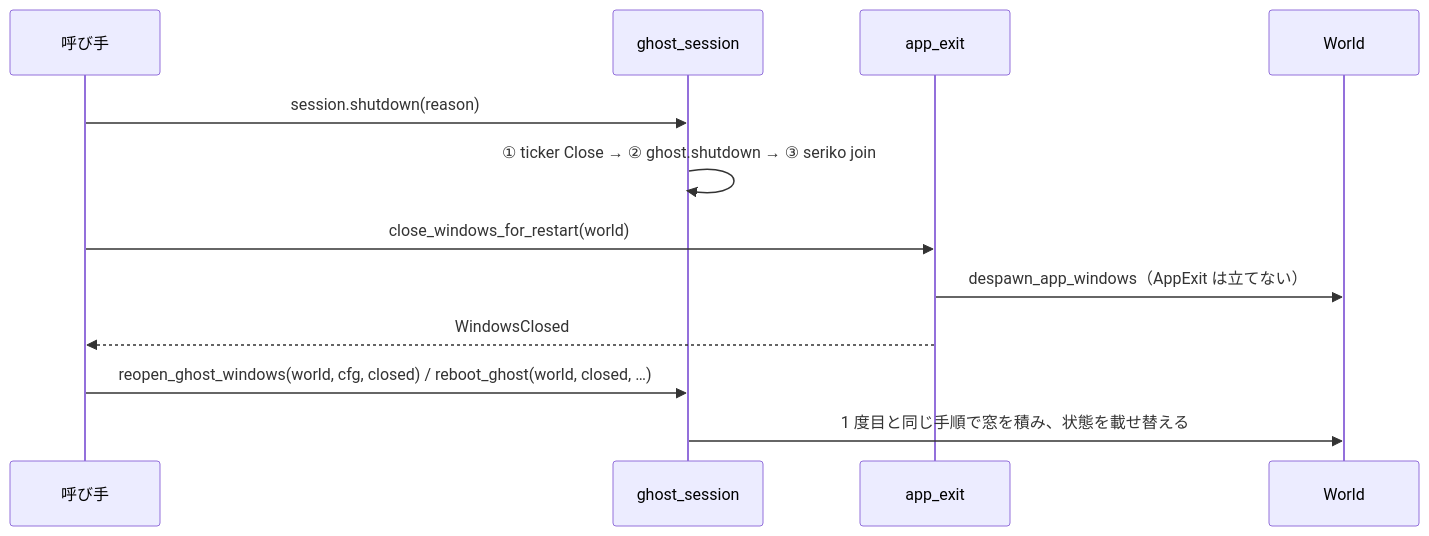
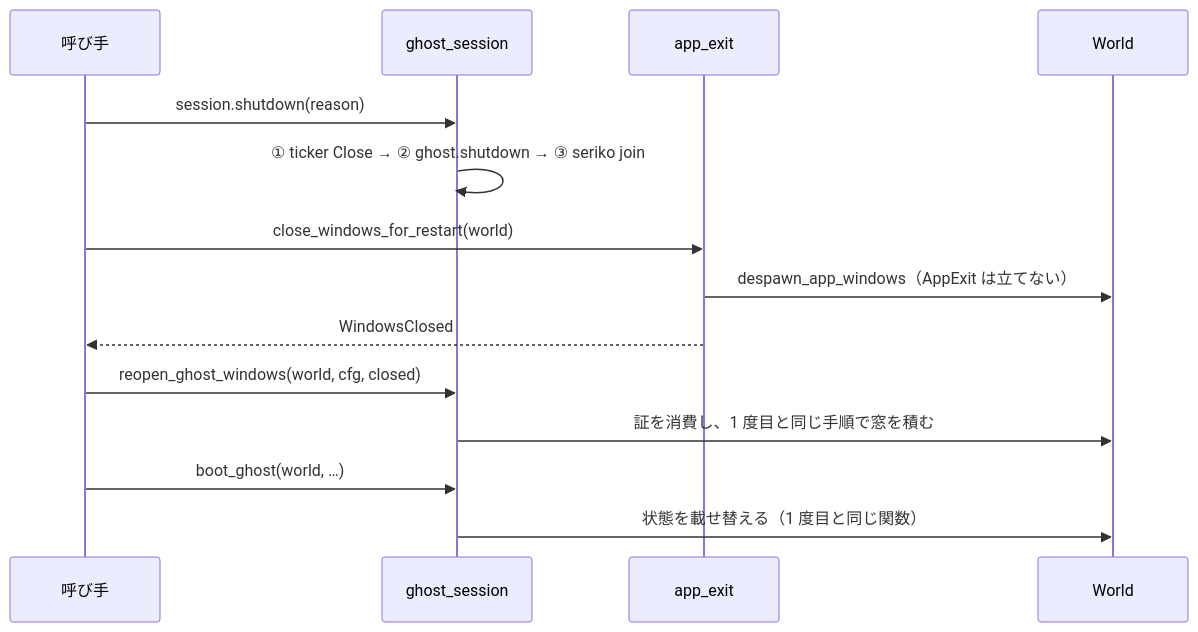
Before and after one commit to ekicyou/areka: the third of 3 diagrams in .kiro/specs/areka-P0-ghost-restart-unit/design.md, drawn with Mermaid. The commit also changed other lines of this file and 1 other file, not shown here.

First line of the commit message:
docs(areka-P0-ghost-restart-unit): fix obvious issues in design

````diff
--- a/.kiro/specs/areka-P0-ghost-restart-unit/design.md
+++ b/.kiro/specs/areka-P0-ghost-restart-unit/design.md
@@ -170,14 +170,16 @@
 ```mermaid
 sequenceDiagram
     participant C as 呼び手
     participant G as ghost_session
     participant A as app_exit
     participant W as World
     C->>G: session.shutdown(reason)
     G->>G: ① ticker Close → ② ghost.shutdown → ③ seriko join
     C->>A: close_windows_for_restart(world)
     A->>W: despawn_app_windows（AppExit は立てない）
     A-->>C: WindowsClosed
-    C->>G: reopen_ghost_windows(world, cfg, closed) / reboot_ghost(world, closed, …)
-    G->>W: 1 度目と同じ手順で窓を積み、状態を載せ替える
+    C->>G: reopen_ghost_windows(world, cfg, closed)
+    G->>W: 証を消費し、1 度目と同じ手順で窓を積む
+    C->>G: boot_ghost(world, …)
+    G->>W: 状態を載せ替える（1 度目と同じ関数）
 ```
````
